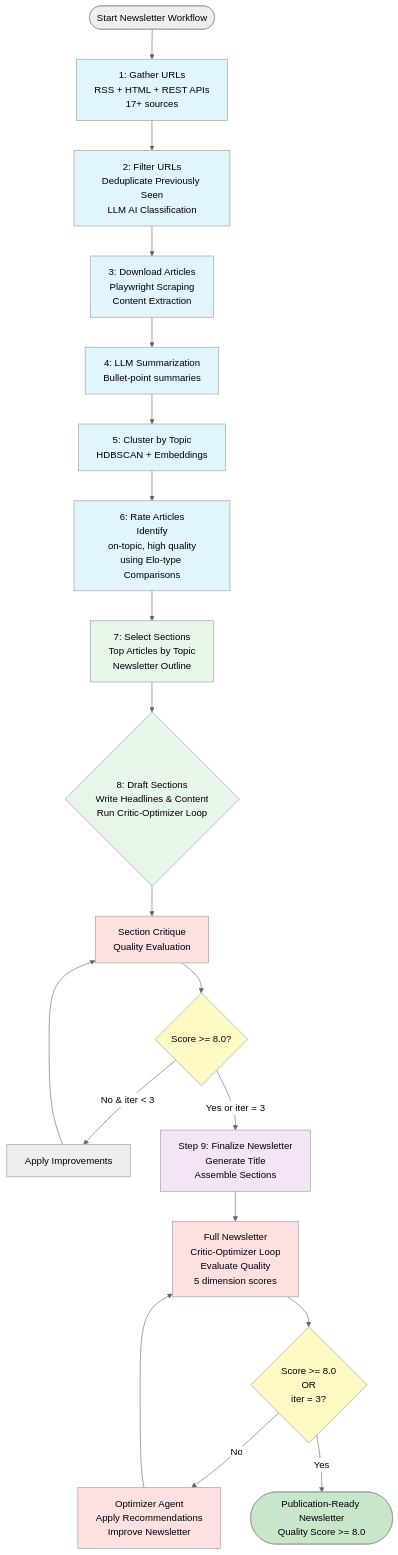
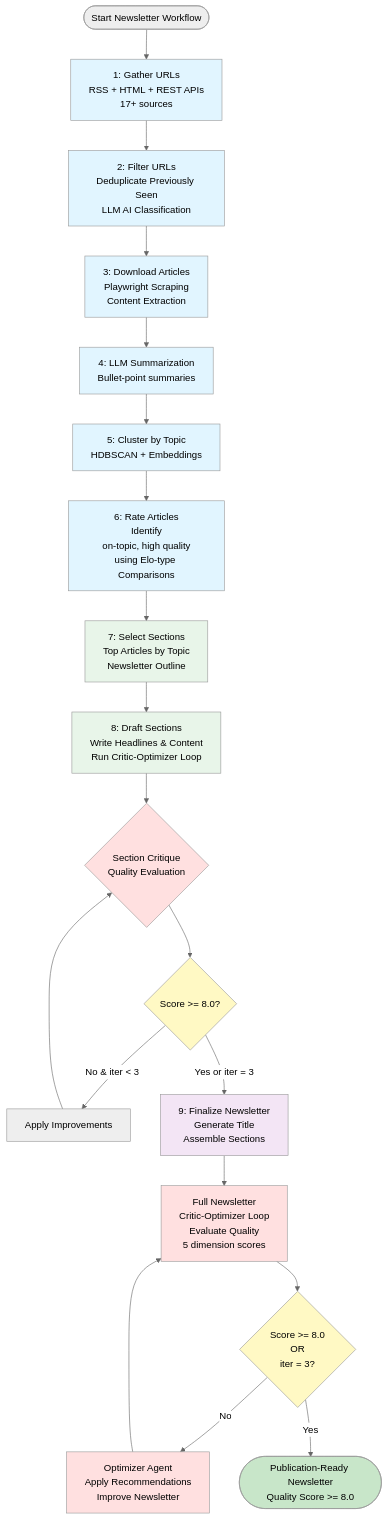
One commit to druce/OpenAIAgentsSDK changed the diagram in README.md. Above: the diagram before and after it, drawn with Mermaid (neutral theme).

````diff
--- a/README.md
+++ b/README.md
@@ -9,49 +9,49 @@
 ```mermaid
   flowchart TD
       Start([Start Newsletter Workflow]) --> Step1[1: Gather URLs<br/>RSS + HTML + REST APIs<br/>17+ sources]
 
       Step1 --> Step2[2: Filter URLs<br/>Deduplicate Previously Seen<br/>LLM AI Classification<br/>]
 
       Step2 --> Step3[3: Download Articles<br/>Playwright Scraping<br/>Content Extraction]
 
       Step3 --> Step4[4: LLM Summarization<br/>Bullet-point summaries]
 
       Step4 --> Step5[5: Cluster by Topic<br/>HDBSCAN + Embeddings]
 
       Step5 --> Step6[6: Rate Articles<br/>Identify<br/>on-topic, high quality<br/>using Elo-type Comparisons]
 
       Step6 --> Step7[7: Select Sections<br/>Top Articles by Topic<br/>Newsletter Outline]
 
-      Step7 --> Step8{8: Draft Sections<br/>Write Headlines & Content<br/>Run Critic-Optimizer Loop}
+      Step7 --> Step8[8: Draft Sections<br/>Write Headlines & Content<br/>Run Critic-Optimizer Loop]
 
-      Step8 --> Critique8[Section Critique<br/>Quality Evaluation]
+      Step8 --> Critique8{Section Critique<br/>Quality Evaluation}
       Critique8 --> Check8{Score >= 8.0?}
       Check8 -->|No & iter < 3| Improve8[Apply Improvements]
       Improve8 --> Critique8
-      Check8 -->|Yes or iter = 3| Step9[Step 9: Finalize Newsletter<br/>Generate Title<br/>Assemble Sections]
+      Check8 -->|Yes or iter = 3| Step9[9: Finalize Newsletter<br/>Generate Title<br/>Assemble Sections]
 
       Step9 --> Critique9[Full Newsletter<br/>Critic-Optimizer Loop<br/>Evaluate Quality<br/>5 dimension scores]
 
       Critique9 --> Check9{Score >= 8.0<br/>OR<br/>iter = 3?}
 
       Check9 -->|No| Optimizer[Optimizer Agent<br/>Apply Recommendations<br/>Improve Newsletter]
       Optimizer --> Critique9
 
       Check9 -->|Yes| Final([Publication-Ready Newsletter<br/>Quality Score >= 8.0])
 
       style Step1 fill:#e1f5ff
       style Step2 fill:#e1f5ff
       style Step3 fill:#e1f5ff
       style Step4 fill:#e1f5ff
       style Step5 fill:#e1f5ff
       style Step6 fill:#e1f5ff
       style Step7 fill:#e8f5e9
       style Step8 fill:#e8f5e9
       style Step9 fill:#f3e5f5
       style Critique8 fill:#ffe0e0
       style Critique9 fill:#ffe0e0
       style Optimizer fill:#ffe0e0
       style Check8 fill:#fff9c4
       style Check9 fill:#fff9c4
       style Final fill:#c8e6c9
   ```
````
